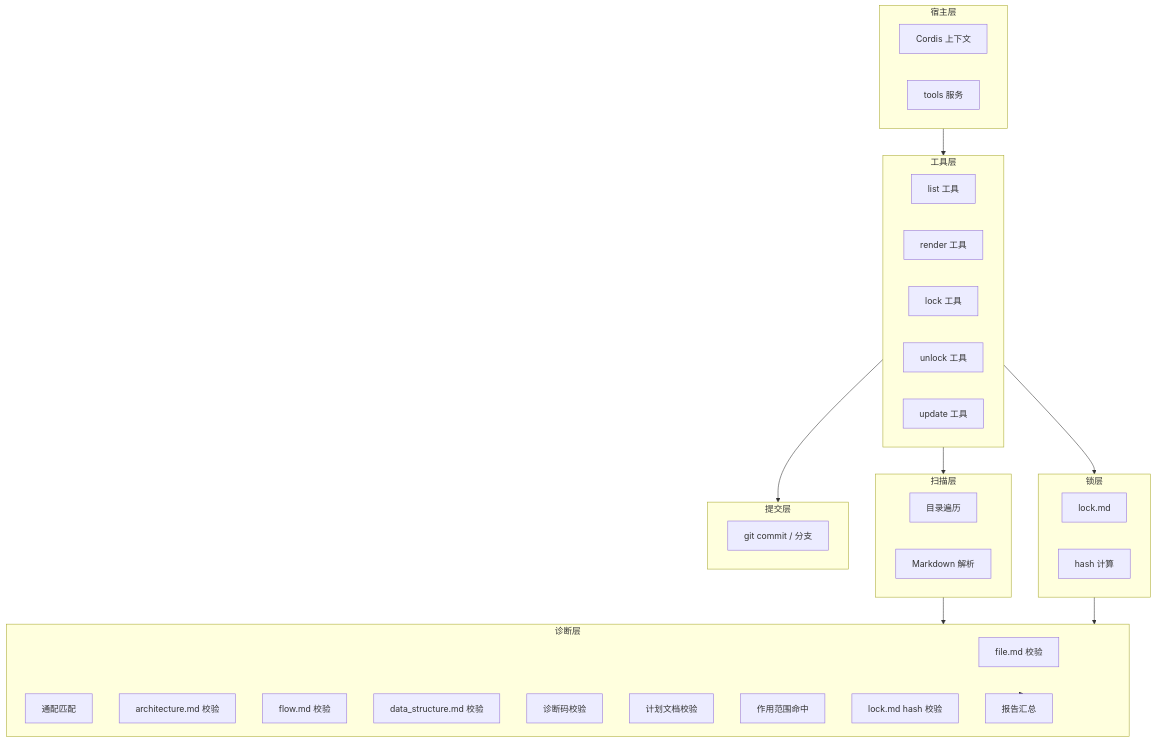
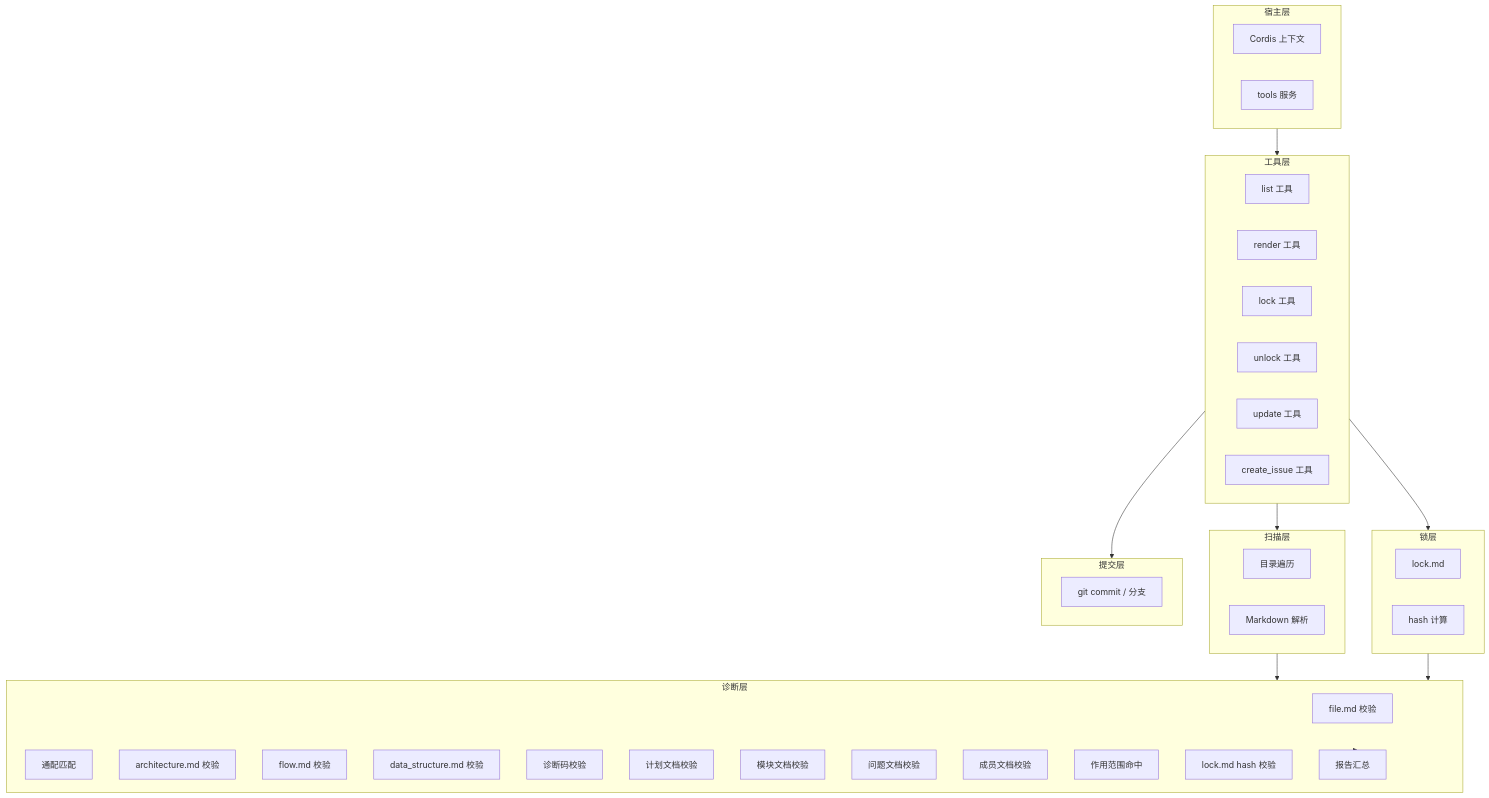
Before and after one commit to Cangjier/coder: the first of 10 diagrams in .coder/design/architecture.md, drawn with Mermaid. The commit also changed other lines of this file and 37 other files, not shown here.

````diff
--- a/.coder/design/architecture.md
+++ b/.coder/design/architecture.md
@@ -5,44 +5,48 @@
 ```mermaid
 flowchart TB
   subgraph 宿主层
     cordis["Cordis 上下文"]
     tools["tools 服务"]
   end
   subgraph 工具层
     list["list 工具"]
     render["render 工具"]
     lock["lock 工具"]
     unlock["unlock 工具"]
     update["update 工具"]
+    issue["create_issue 工具"]
   end
   subgraph 扫描层
     walk["目录遍历"]
     parse["Markdown 解析"]
   end
   subgraph 诊断层
     file["file.md 校验"]
     glob["通配匹配"]
     arch["architecture.md 校验"]
     flow["flow.md 校验"]
     data["data_structure.md 校验"]
     diag["诊断码校验"]
     plan["计划文档校验"]
+    module["模块文档校验"]
+    issueDoc["问题文档校验"]
+    memberDoc["成员文档校验"]
     scope["作用范围命中"]
     lockHash["lock.md hash 校验"]
     report["报告汇总"]
   end
   subgraph 锁层
     lockFile["lock.md"]
     hash["hash 计算"]
   end
   subgraph 提交层
     git["git commit / 分支"]
   end
   宿主层 --> 工具层
   工具层 --> 扫描层
   工具层 --> 锁层
   工具层 --> 提交层
   扫描层 --> 诊断层
   锁层 --> 诊断层
   诊断层 --> report
 ```
````
